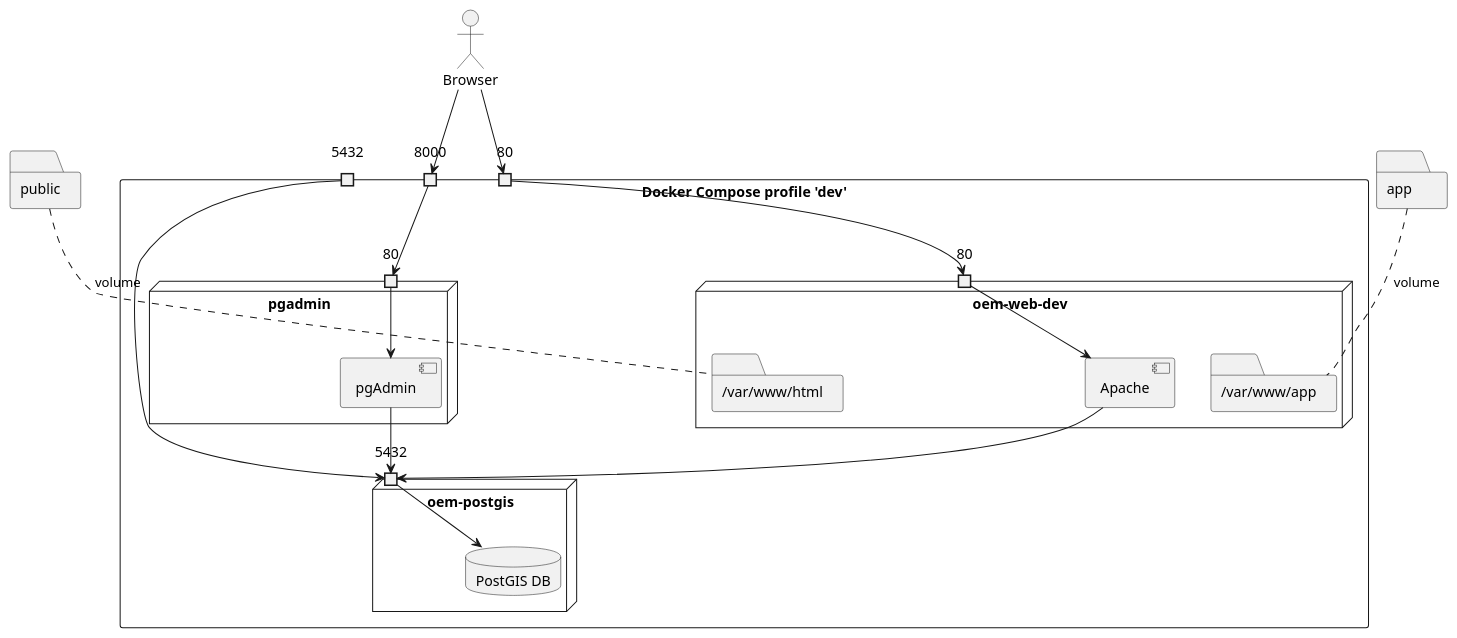
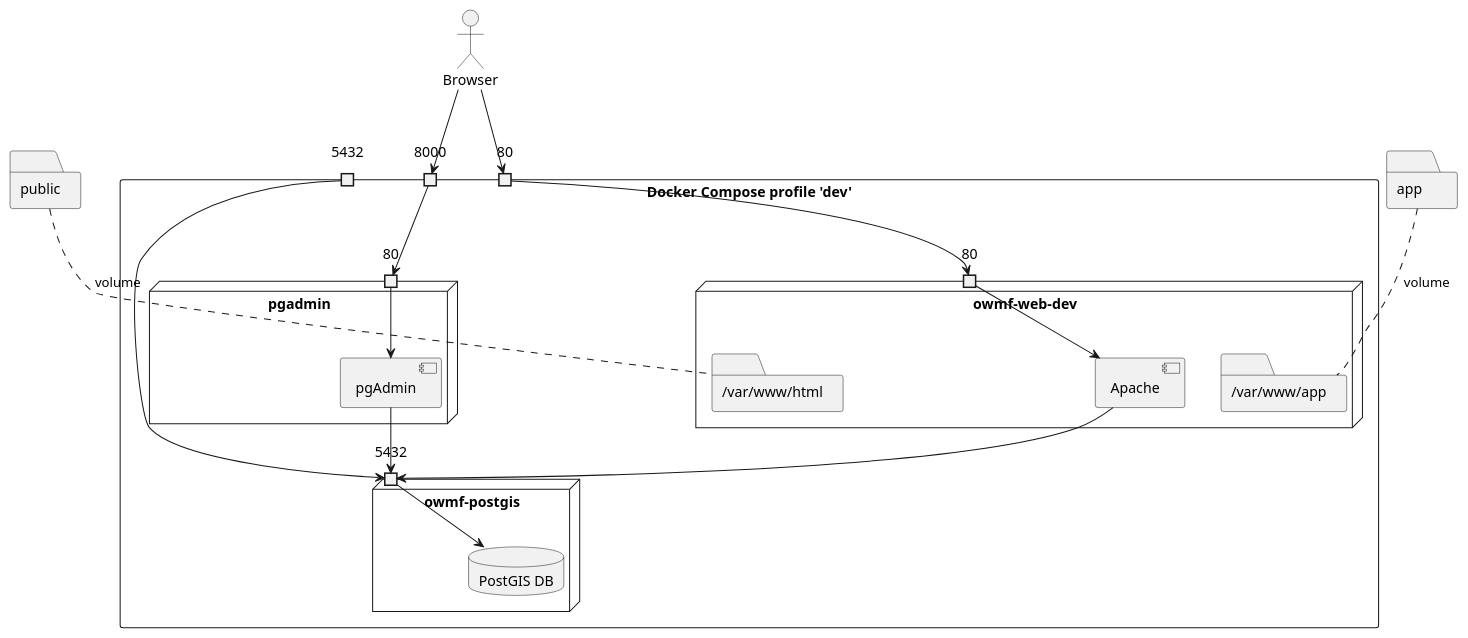
The diagram in images/deployment/dev.plantuml (Danysan1/osm-wikidata-map-framework), drawn with PlantUML before and after one commit. The commit also changed 14 other files, not shown here.

Commit message:
Fix oem-* prefixes to owmf-* in docker compose

```diff
--- a/images/deployment/dev.plantuml
+++ b/images/deployment/dev.plantuml
@@ -1,44 +1,44 @@
 @startuml dev
 
 actor Browser
 rectangle "Docker Compose profile 'dev'" as docker {
   port "8000" as 8000docker
   port "5432" as 5432docker
   port "80" as 80docker
-  node "oem-postgis" {
+  node "owmf-postgis" {
     port 5432 as 5432db
     database "PostGIS DB" as db
   }
   node pgadmin {
     port "80" as 80pgAdmin
     component pgAdmin
   }
-  node "oem-web-dev" {
+  node "owmf-web-dev" {
     port "80" as 80webDev
     component Apache
     folder "/var/www/app" as appRem
     folder "/var/www/html" as htmlRem
   }
 
 }
 folder "public" as htmlLoc
 folder "app" as appLoc
 
 Apache --> 5432db
 pgAdmin --> 5432db
 
 Browser --> 80docker
 Browser --> 8000docker
 
 80docker --> 80webDev
 8000docker --> 80pgAdmin
 5432docker --> 5432db
 
 htmlLoc ... htmlRem : volume
 appLoc ... appRem : volume
 
 80webDev -> Apache
 5432db -> db
 80pgAdmin -> pgAdmin
 
 @enduml
```
